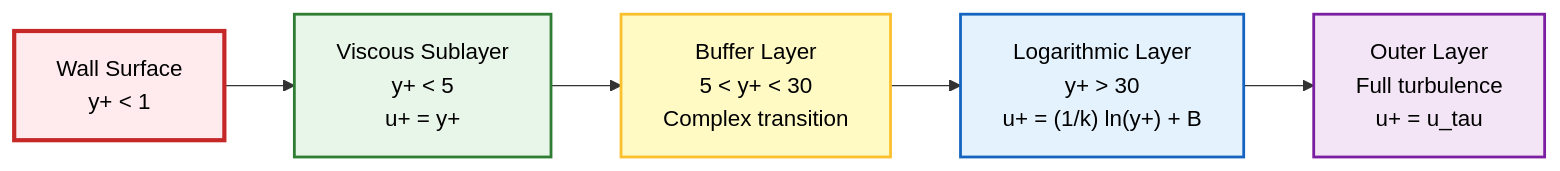
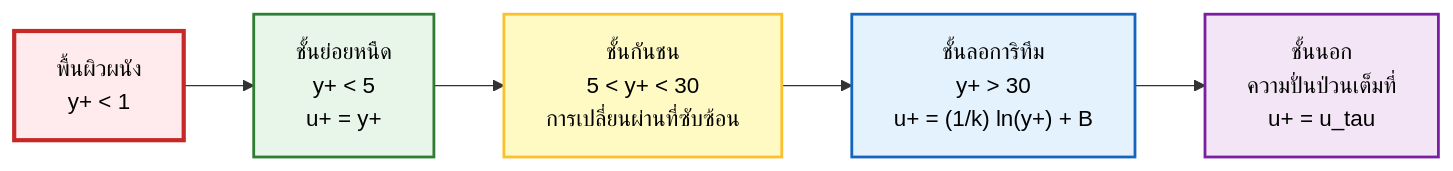
One commit to wramet/build-my-cfd changed the third of 3 diagrams in MODULE_01_CFD_FUNDAMENTALS/CONTENT/03_BOUNDARY_CONDITIONS/05_Common_Boundary_Conditions_in_OpenFOAM.md. Above: the diagram before and after it, drawn with Mermaid. The commit also changed other lines of this file and 104 other files, not shown here.

````diff
--- a/MODULE_01_CFD_FUNDAMENTALS/CONTENT/03_BOUNDARY_CONDITIONS/05_Common_Boundary_Conditions_in_OpenFOAM.md
+++ b/MODULE_01_CFD_FUNDAMENTALS/CONTENT/03_BOUNDARY_CONDITIONS/05_Common_Boundary_Conditions_in_OpenFOAM.md
@@ -433,21 +435,21 @@
 ```mermaid
 graph LR
-    Wall["Wall Surface<br/>y+ < 1"]
-    Viscous["Viscous Sublayer<br/>y+ < 5<br/>u+ = y+"]
-    Buffer["Buffer Layer<br/>5 < y+ < 30<br/>Complex transition"]
-    Log["Logarithmic Layer<br/>y+ > 30<br/>u+ = (1/k) ln(y+) + B"]
-    Outer["Outer Layer<br/>Full turbulence<br/>u+ = u_tau"]
+    Wall["พื้นผิวผนัง<br/>y+ < 1"]
+    Viscous["ชั้นย่อยหนืด<br/>y+ < 5<br/>u+ = y+"]
+    Buffer["ชั้นกันชน<br/>5 < y+ < 30<br/>การเปลี่ยนผ่านที่ซับซ้อน"]
+    Log["ชั้นลอการิทึม<br/>y+ > 30<br/>u+ = (1/k) ln(y+) + B"]
+    Outer["ชั้นนอก<br/>ความปั่นป่วนเต็มที่<br/>u+ = u_tau"]
 
     Wall --> Viscous
     Viscous --> Buffer
     Buffer --> Log
     Log --> Outer
 
     style Wall fill:#ffebee,stroke:#c62828,stroke-width:3px
     style Viscous fill:#e8f5e9,stroke:#2e7d32,stroke-width:2px
     style Buffer fill:#fff9c4,stroke:#fbc02d,stroke-width:2px
     style Log fill:#e3f2fd,stroke:#1565c0,stroke-width:2px
     style Outer fill:#f3e5f5,stroke:#7b1fa2,stroke-width:2px
 
     classDef default fill:#f9f9f9,stroke:#333,stroke-width:1px,color:#000;
 ```
````
